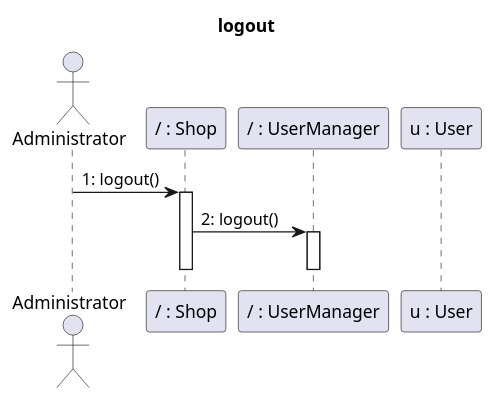
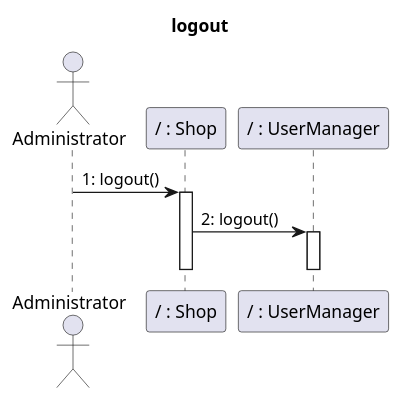
One commit to nicolabattaglino/ezshop changed diagram 18 of 25 in Deliverables/DesignDocument.md. Above: the diagram before and after it, drawn with PlantUML. The commit also changed other lines of this file, not shown here.

Commit message:
sequence diagrams

````diff
--- a/Deliverables/DesignDocument.md
+++ b/Deliverables/DesignDocument.md
@@ -924,18 +917,17 @@
 ```plantuml
 @startuml
 title logout
 actor Administrator
 participant "/ : Shop" as Shop
 participant "/ : UserManager" as UserManager
-participant "u : User" as User
 
 Administrator -> Shop: 1: logout()
 activate Shop
 Shop -> UserManager: 2: logout()
 activate UserManager
 deactivate UserManager
 deactivate Shop
 
 
 @enduml
 ```
````
